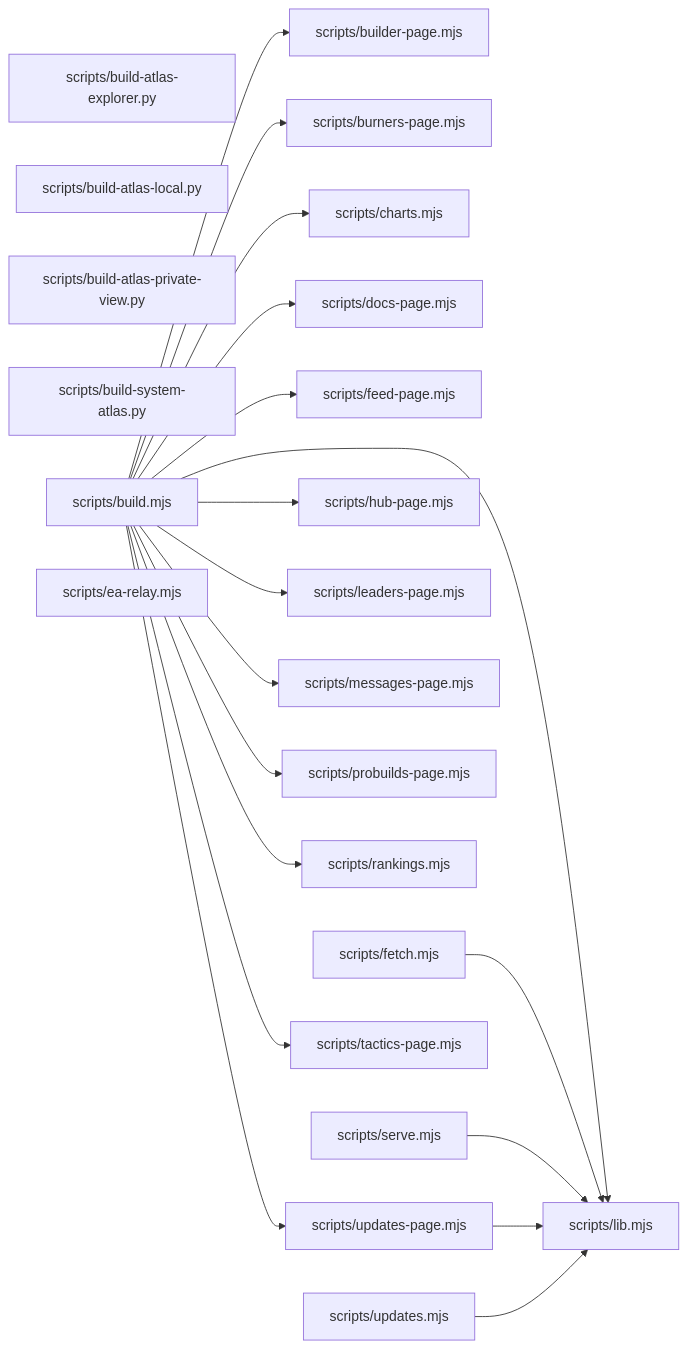
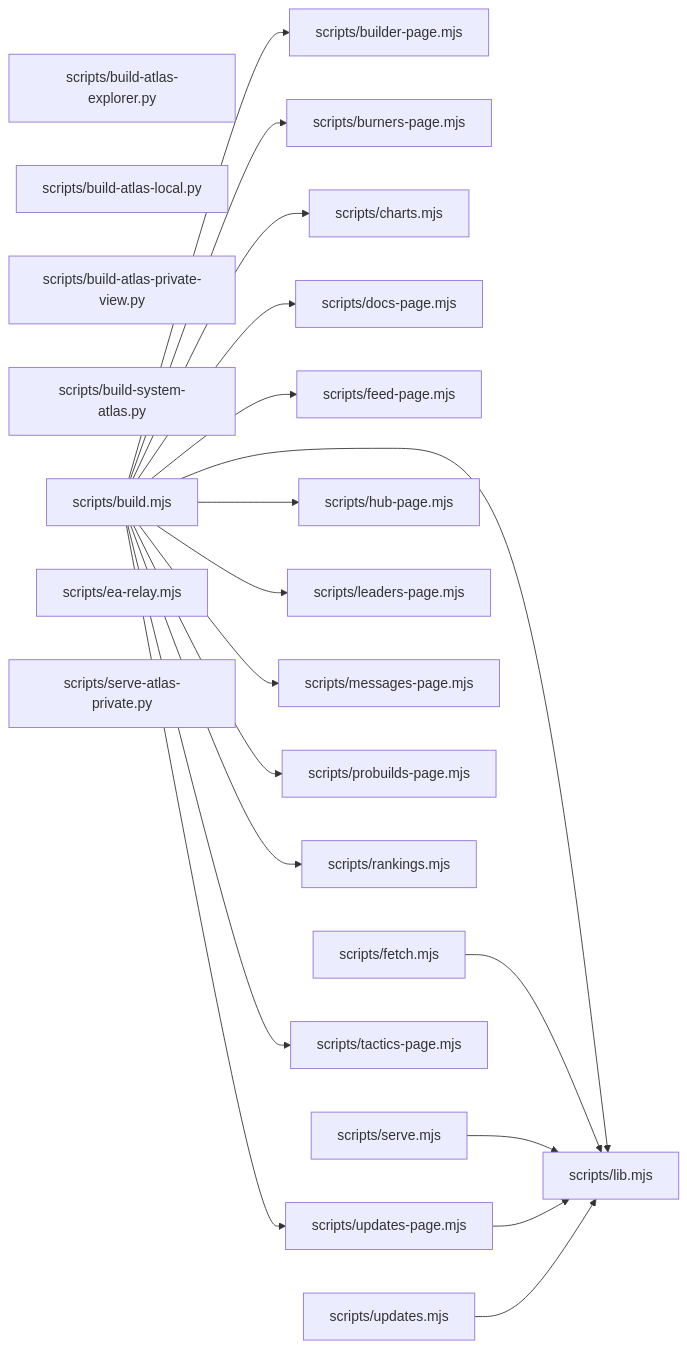
The diagram in PLANNING/system-atlas/layer-scripts.md (devroadtosucces15-boop/Norex-United-FC), drawn with Mermaid before and after one commit. The commit also changed 4 other files, not shown here.

````diff
--- a/PLANNING/system-atlas/layer-scripts.md
+++ b/PLANNING/system-atlas/layer-scripts.md
@@ -5,42 +5,43 @@
 ```mermaid
 flowchart LR
   n0["scripts/build-atlas-explorer.py"]
   n1["scripts/build-atlas-local.py"]
   n2["scripts/build-atlas-private-view.py"]
   n3["scripts/build-system-atlas.py"]
   n4["scripts/build.mjs"]
   n5["scripts/builder-page.mjs"]
   n6["scripts/burners-page.mjs"]
   n7["scripts/charts.mjs"]
   n8["scripts/docs-page.mjs"]
   n9["scripts/ea-relay.mjs"]
   n10["scripts/feed-page.mjs"]
   n11["scripts/fetch.mjs"]
   n12["scripts/hub-page.mjs"]
   n13["scripts/leaders-page.mjs"]
   n14["scripts/lib.mjs"]
   n15["scripts/messages-page.mjs"]
   n16["scripts/probuilds-page.mjs"]
   n17["scripts/rankings.mjs"]
-  n18["scripts/serve.mjs"]
-  n19["scripts/tactics-page.mjs"]
-  n20["scripts/updates-page.mjs"]
-  n21["scripts/updates.mjs"]
+  n18["scripts/serve-atlas-private.py"]
+  n19["scripts/serve.mjs"]
+  n20["scripts/tactics-page.mjs"]
+  n21["scripts/updates-page.mjs"]
+  n22["scripts/updates.mjs"]
   n4 --> n5
   n4 --> n6
   n4 --> n7
   n4 --> n8
   n4 --> n10
   n4 --> n12
   n4 --> n13
   n4 --> n14
   n4 --> n15
   n4 --> n16
   n4 --> n17
-  n4 --> n19
   n4 --> n20
+  n4 --> n21
   n11 --> n14
-  n18 --> n14
-  n20 --> n14
+  n19 --> n14
   n21 --> n14
+  n22 --> n14
 ```
````
